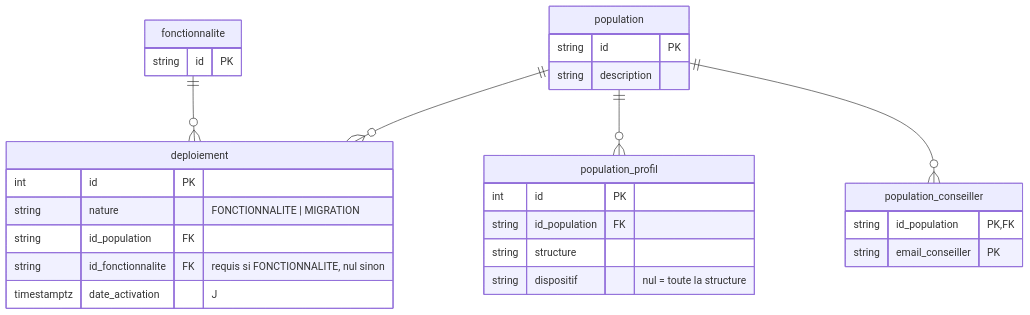
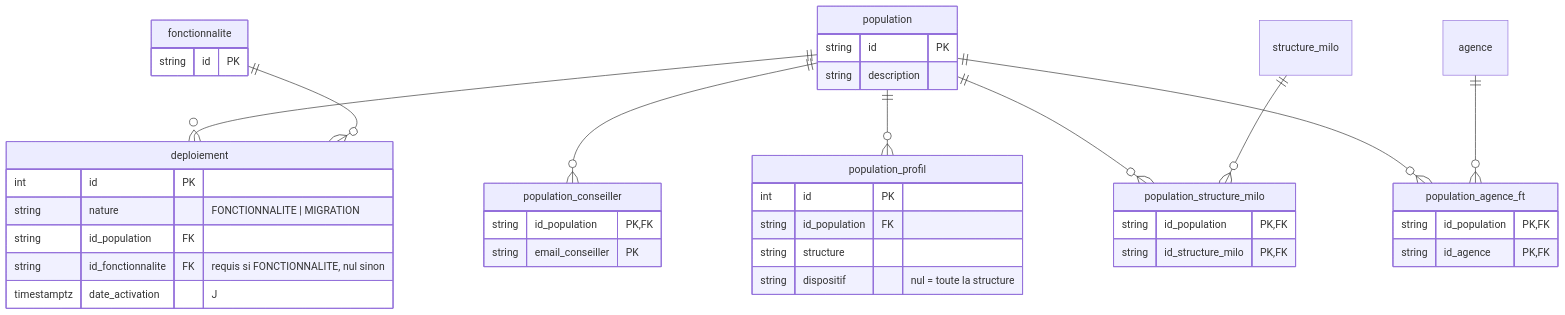
The diagram in docs/decisions/ADR-006-deploiements-fonctionnalites-migrations.md (France-Travail/pass-emploi-api), drawn with Mermaid before and after one commit. The commit also changed other lines of this file and 21 other files, not shown here.

````diff
--- a/docs/decisions/ADR-006-deploiements-fonctionnalites-migrations.md
+++ b/docs/decisions/ADR-006-deploiements-fonctionnalites-migrations.md
@@ -35,12 +36,18 @@
 ```mermaid
 erDiagram
     fonctionnalite { string id PK }
     population { string id PK  string description }
     population_conseiller { string id_population PK,FK  string email_conseiller PK }
     population_profil { int id PK  string id_population FK  string structure  string dispositif "nul = toute la structure" }
+    population_structure_milo { string id_population PK,FK  string id_structure_milo PK,FK }
+    population_agence_ft { string id_population PK,FK  string id_agence PK,FK }
     deploiement { int id PK  string nature "FONCTIONNALITE | MIGRATION"  string id_population FK  string id_fonctionnalite FK "requis si FONCTIONNALITE, nul sinon"  timestamptz date_activation "J" }
     population ||--o{ population_conseiller : ""
     population ||--o{ population_profil : ""
+    population ||--o{ population_structure_milo : ""
+    population ||--o{ population_agence_ft : ""
+    structure_milo ||--o{ population_structure_milo : ""
+    agence ||--o{ population_agence_ft : ""
     population ||--o{ deploiement : ""
     fonctionnalite ||--o{ deploiement : ""
 ```
````
